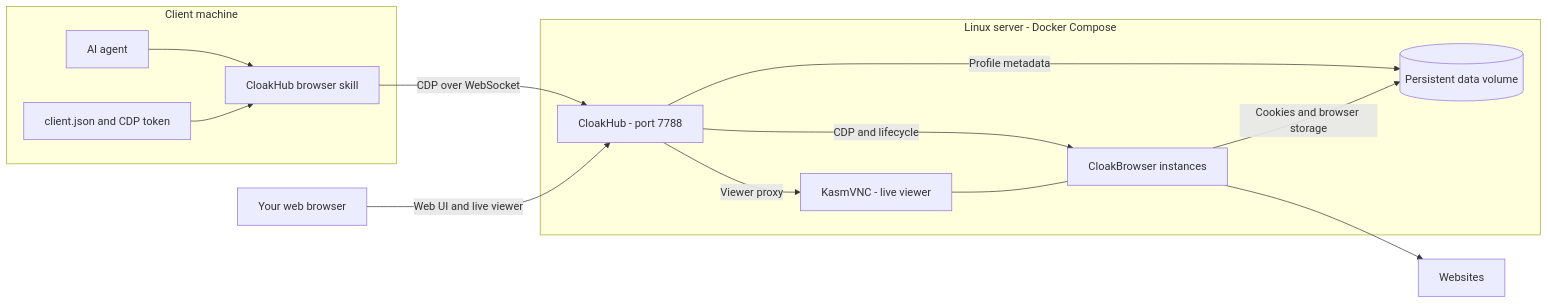
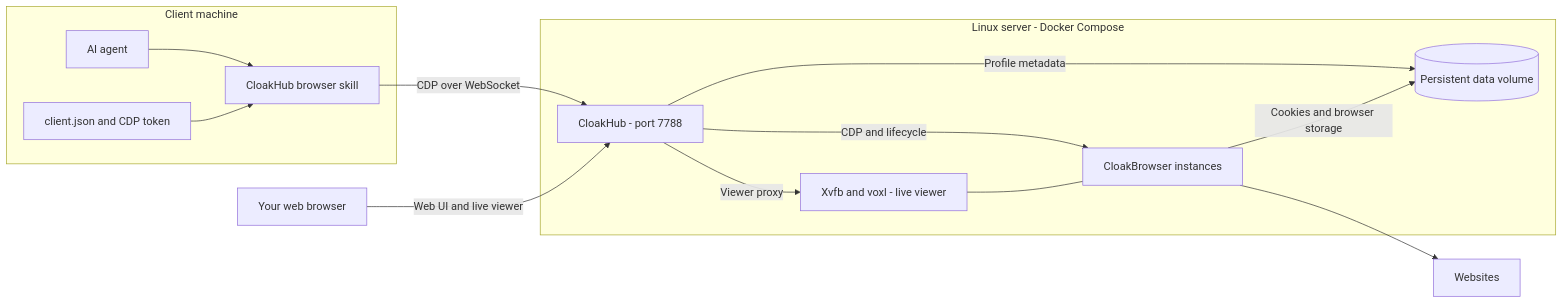
Before and after one commit to txchen/cloakhub: the diagram in README.md, drawn with Mermaid. The commit also changed other lines of this file and 14 other files, not shown here.

````diff
--- a/README.md
+++ b/README.md
@@ -15,25 +15,25 @@
 ```mermaid
 flowchart LR
   subgraph client[Client machine]
     agent[AI agent]
     skill[CloakHub browser skill]
     config[client.json and CDP token]
     agent --> skill
     config --> skill
   end
   human[Your web browser]
   subgraph server[Linux server - Docker Compose]
     hub[CloakHub - port 7788]
     browser[CloakBrowser instances]
-    display[KasmVNC - live viewer]
+    display[Xvfb and voxl - live viewer]
     data[(Persistent data volume)]
     hub -->|CDP and lifecycle| browser
     hub -->|Viewer proxy| display
     display --- browser
     hub -->|Profile metadata| data
     browser -->|Cookies and browser storage| data
   end
   skill -->|CDP over WebSocket| hub
   human -->|Web UI and live viewer| hub
   browser --> sites[Websites]
 ```
````
